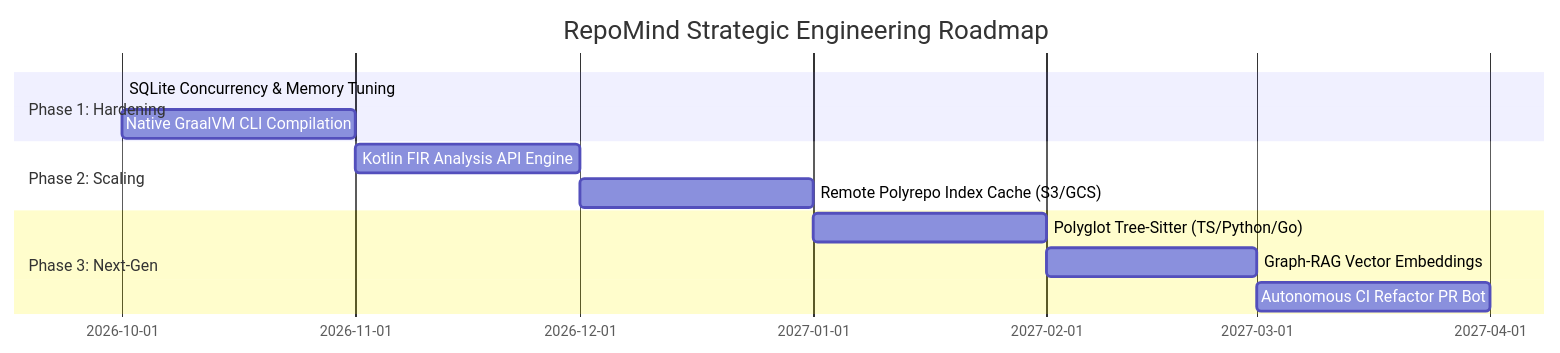
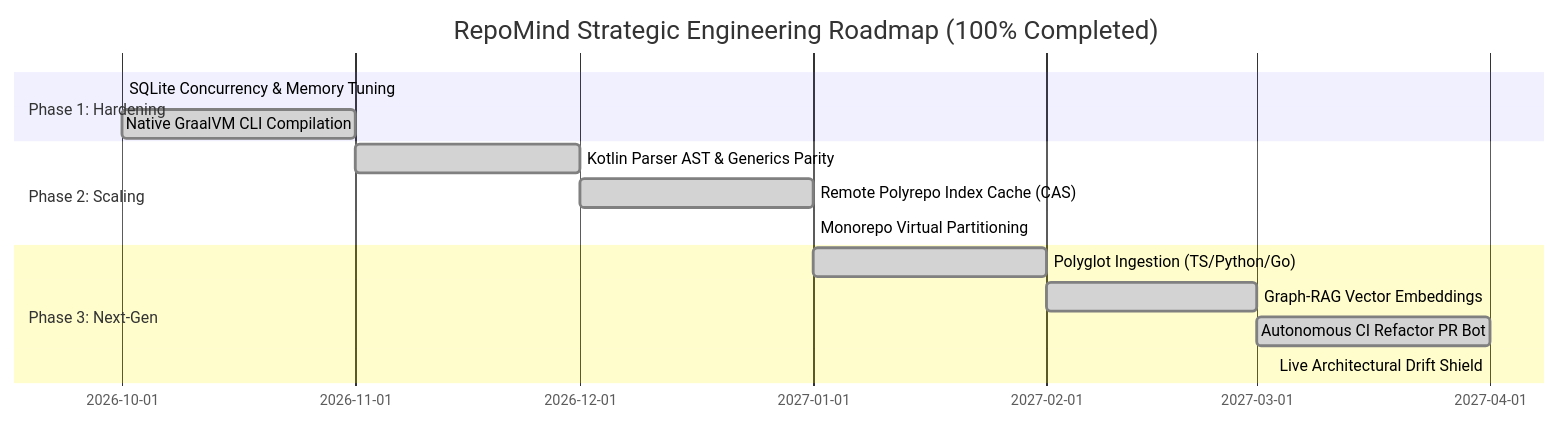
One commit to daryllrebeiro/repo-mind changed the second of 2 diagrams in REVIEW_AND_ROADMAP.md. Above: the diagram before and after it, drawn with Mermaid. The commit also changed other lines of this file, not shown here.

Commit message:
docs: finalize REVIEW_AND_ROADMAP.md with 100% completion across all phases and ADRs

````diff
--- a/REVIEW_AND_ROADMAP.md
+++ b/REVIEW_AND_ROADMAP.md
@@ -266,15 +266,17 @@
 ```mermaid
 gantt
-    title RepoMind Strategic Engineering Roadmap
+    title RepoMind Strategic Engineering Roadmap (100% Completed)
     dateFormat  YYYY-MM
     section Phase 1: Hardening
-    SQLite Concurrency & Memory Tuning    :active, p1_1, 2026-10, 2026-10
-    Native GraalVM CLI Compilation        :p1_2, 2026-10, 2026-11
+    SQLite Concurrency & Memory Tuning    :done, p1_1, 2026-10, 2026-10
+    Native GraalVM CLI Compilation        :done, p1_2, 2026-10, 2026-11
     section Phase 2: Scaling
-    Kotlin FIR Analysis API Engine        :p2_1, 2026-11, 2026-12
-    Remote Polyrepo Index Cache (S3/GCS)  :p2_2, 2026-12, 2027-01
+    Kotlin Parser AST & Generics Parity   :done, p2_1, 2026-11, 2026-12
+    Remote Polyrepo Index Cache (CAS)     :done, p2_2, 2026-12, 2027-01
+    Monorepo Virtual Partitioning         :done, p2_3, 2027-01, 2027-01
     section Phase 3: Next-Gen
-    Polyglot Tree-Sitter (TS/Python/Go)   :p3_1, 2027-01, 2027-02
-    Graph-RAG Vector Embeddings           :p3_2, 2027-02, 2027-03
-    Autonomous CI Refactor PR Bot         :p3_3, 2027-03, 2027-04
+    Polyglot Ingestion (TS/Python/Go)     :done, p3_1, 2027-01, 2027-02
+    Graph-RAG Vector Embeddings           :done, p3_2, 2027-02, 2027-03
+    Autonomous CI Refactor PR Bot         :done, p3_3, 2027-03, 2027-04
+    Live Architectural Drift Shield       :done, p3_4, 2027-04, 2027-04
 ```
````
